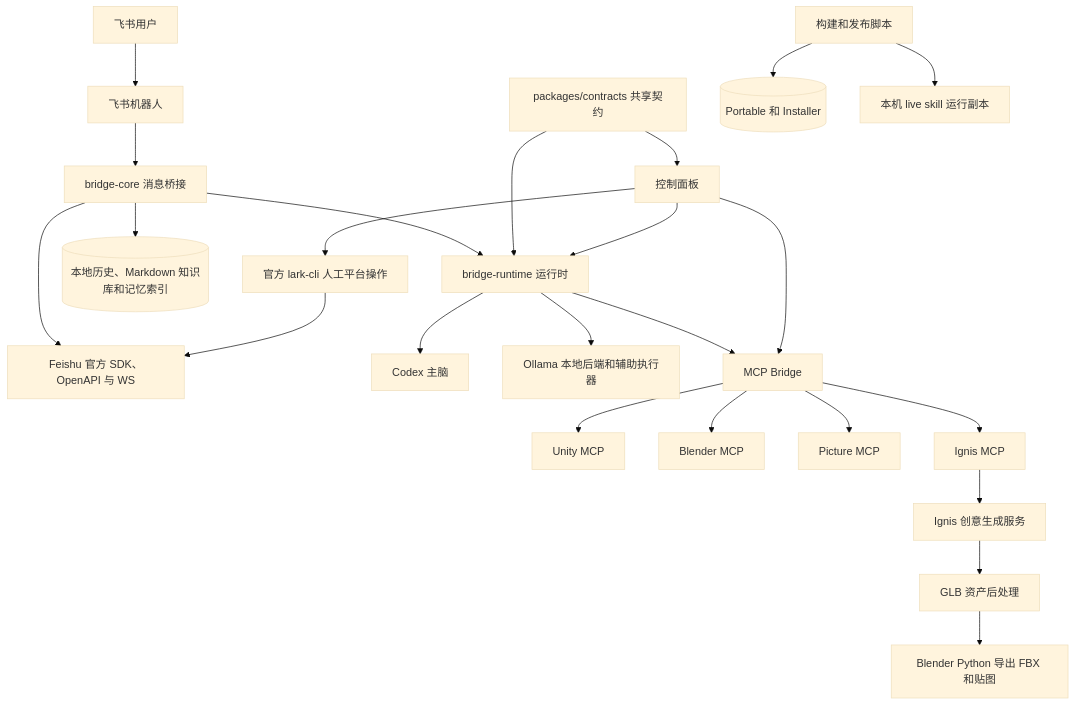
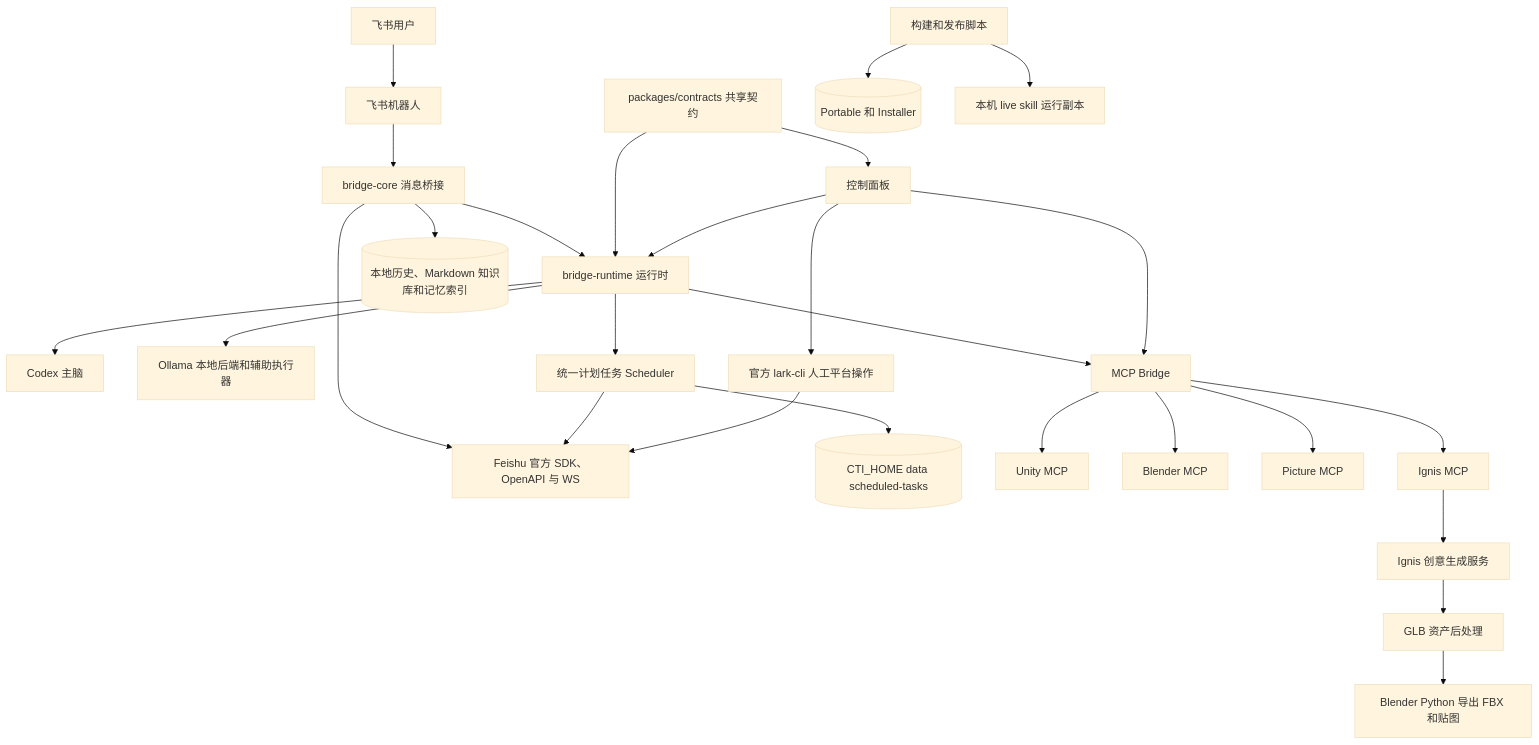
Before and after one commit to dddfuxi/codex-im-suite: the first of 14 diagrams in docs/PROJECT-ARCHITECTURE.md, drawn with Mermaid (base theme). The commit also changed other lines of this file and 3 other files, not shown here.

Commit message:
docs: document unified scheduled tasks

````diff
--- a/docs/PROJECT-ARCHITECTURE.md
+++ b/docs/PROJECT-ARCHITECTURE.md
@@ -28,26 +28,29 @@
 ```mermaid
 flowchart TD
   FeishuUser[飞书用户] --> FeishuBot[飞书机器人]
   FeishuBot --> BridgeCore[bridge-core 消息桥接]
   BridgeCore --> FeishuPlatform[Feishu 官方 SDK、OpenAPI 与 WS]
   BridgeCore --> BridgeRuntime[bridge-runtime 运行时]
   SharedContracts[packages/contracts 共享契约] --> BridgeRuntime
   SharedContracts --> ControlPanel
   BridgeRuntime --> CodexBrain[Codex 主脑]
   BridgeRuntime --> LocalHelper[Ollama 本地后端和辅助执行器]
   BridgeRuntime --> McpBridge[MCP Bridge]
+  BridgeRuntime --> ScheduledEngine[统一计划任务 Scheduler]
+  ScheduledEngine --> ScheduledStore[(CTI_HOME data scheduled-tasks)]
+  ScheduledEngine --> FeishuPlatform
   McpBridge --> UnityMcp[Unity MCP]
   McpBridge --> BlenderMcp[Blender MCP]
   McpBridge --> PictureMcp[Picture MCP]
   McpBridge --> IgnisMcp[Ignis MCP]
   IgnisMcp --> IgnisCloud[Ignis 创意生成服务]
   IgnisCloud --> AssetPipeline[GLB 资产后处理]
   AssetPipeline --> BlenderCli[Blender Python 导出 FBX 和贴图]
   BridgeCore --> LocalHistory[(本地历史、Markdown 知识库和记忆索引)]
   ControlPanel[控制面板] --> BridgeRuntime
   ControlPanel --> LarkCli[官方 lark-cli 人工平台操作]
   LarkCli --> FeishuPlatform
   ControlPanel --> McpBridge
   Scripts[构建和发布脚本] --> Release[(Portable 和 Installer)]
   Scripts --> LiveSkill[本机 live skill 运行副本]
 ```
````
